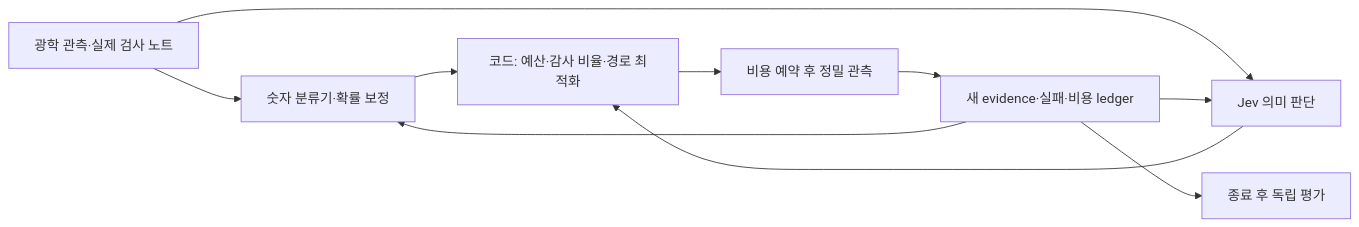
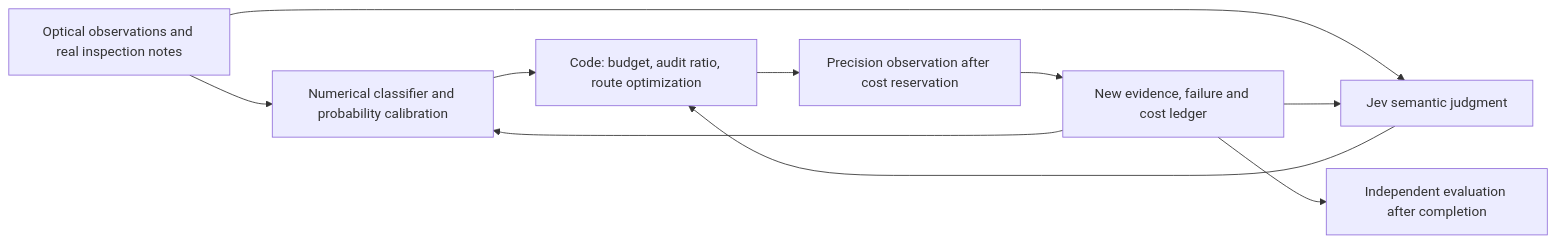
Before and after one commit to Shinick-Han/WaffleBench: the diagram in INSPECTION_IMPROVEMENTS.md, drawn with Mermaid. The commit also changed other lines of this file and 48 other files, not shown here.

````diff
--- a/INSPECTION_IMPROVEMENTS.md
+++ b/INSPECTION_IMPROVEMENTS.md
@@ -80,12 +80,12 @@
 ```mermaid
 flowchart LR
-    A[광학 관측·실제 검사 노트] --> B[숫자 분류기·확률 보정]
-    A --> C[Jev 의미 판단]
-    B --> D[코드: 예산·감사 비율·경로 최적화]
+    A[Optical observations and real inspection notes] --> B[Numerical classifier and probability calibration]
+    A --> C[Jev semantic judgment]
+    B --> D[Code: budget, audit ratio, route optimization]
     C --> D
-    D --> E[비용 예약 후 정밀 관측]
-    E --> F[새 evidence·실패·비용 ledger]
+    D --> E[Precision observation after cost reservation]
+    E --> F[New evidence, failure and cost ledger]
     F --> B
     F --> C
-    F --> G[종료 후 독립 평가]
+    F --> G[Independent evaluation after completion]
 ```
````
